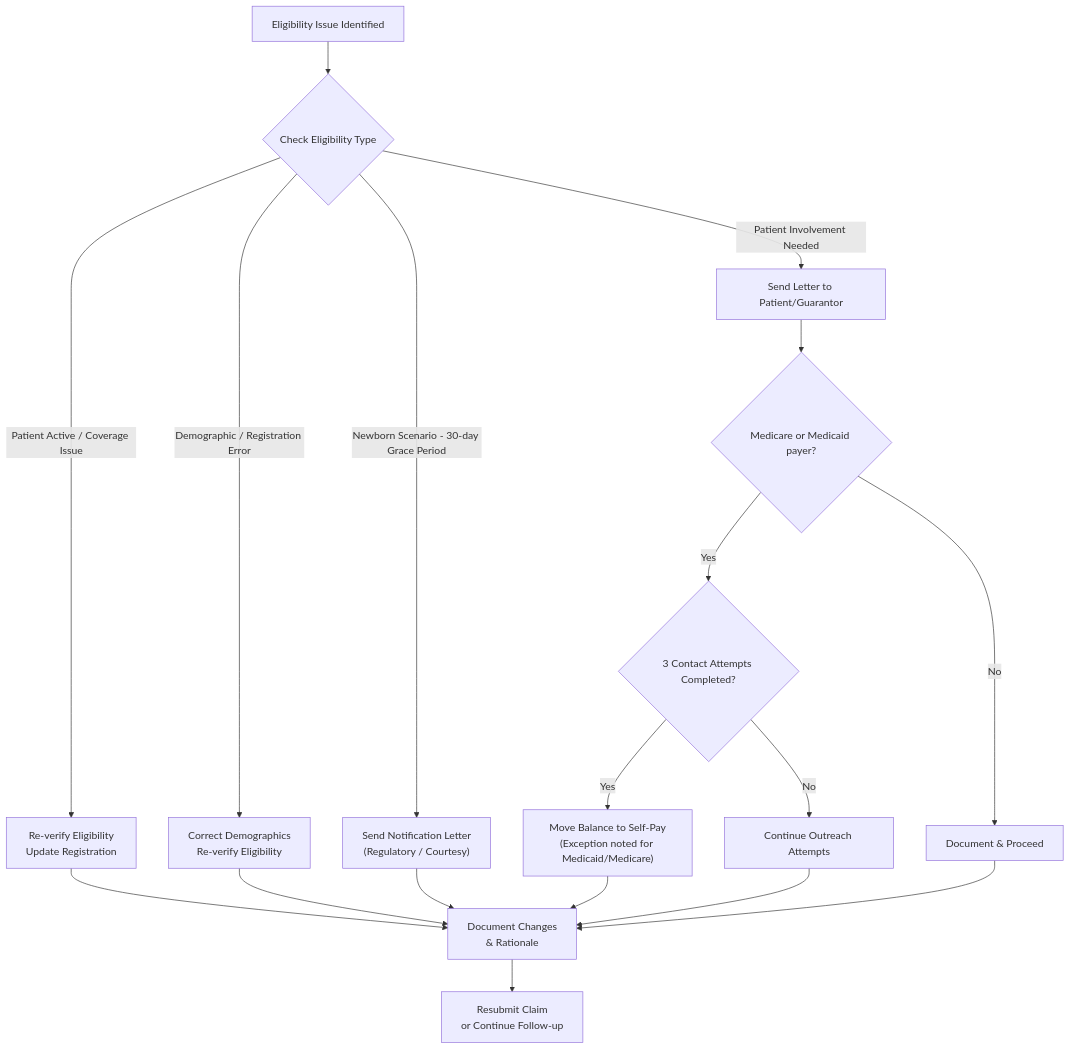
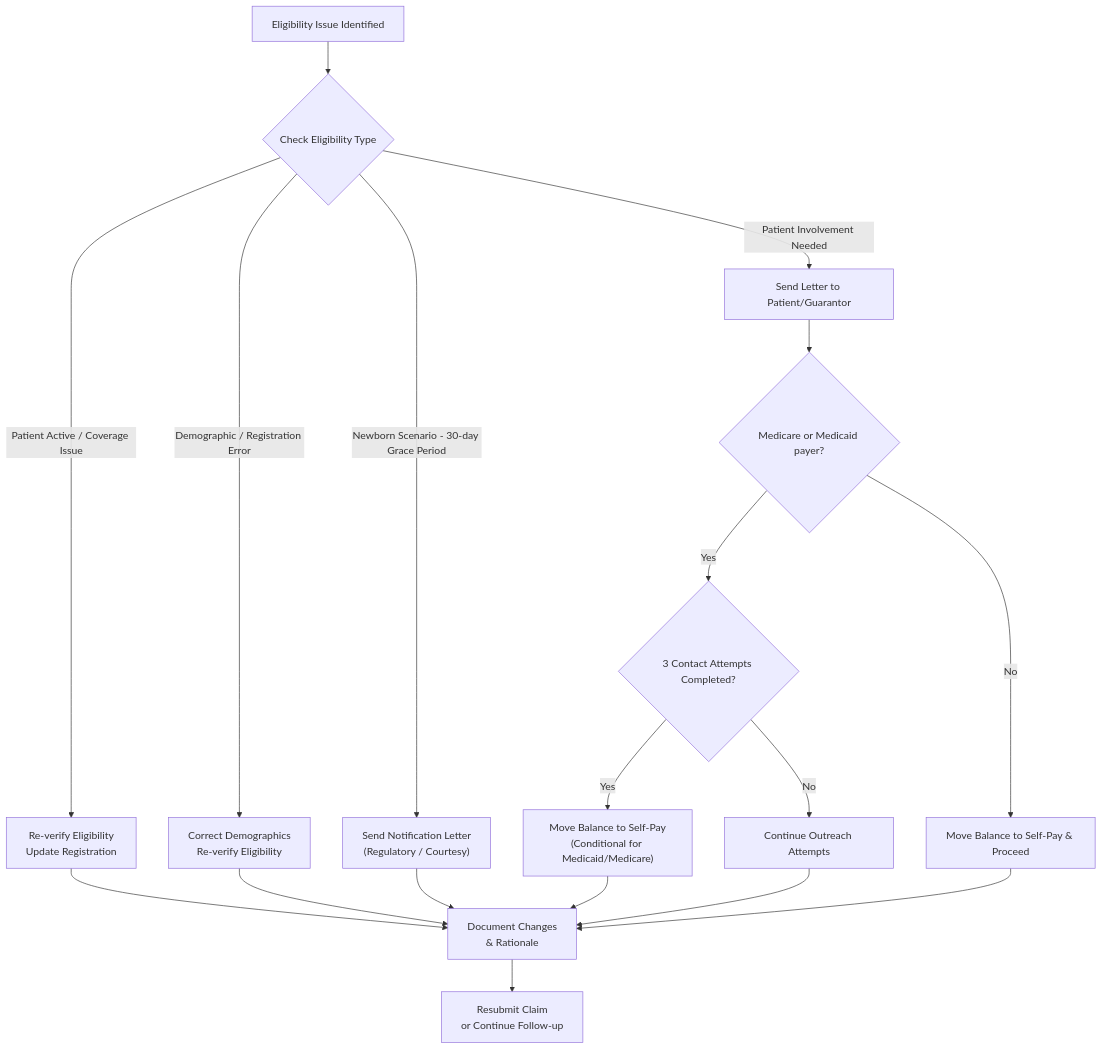
The first of 3 diagrams in workflows/registration-workflow.md (shainemeister/revenue-cycle-sop-and-workflow-framework), drawn with Mermaid before and after one commit.

Commit message:
Update patient workflow documentation for clarity

````diff
--- a/workflows/registration-workflow.md
+++ b/workflows/registration-workflow.md
@@ -23,25 +23,25 @@
 ```mermaid
 flowchart TD
     A[Eligibility Issue Identified] --> B{Check Eligibility Type}
     
     B -->|Patient Active / Coverage Issue| B1["Re-verify Eligibility<br>Update Registration"]
     B -->|Demographic / Registration Error| B2["Correct Demographics<br>Re-verify Eligibility"]
     B -->|Newborn Scenario - 30-day Grace Period| B3["Send Notification Letter<br>(Regulatory / Courtesy)"]
     B -->|Patient Involvement Needed| B4["Send Letter to Patient/Guarantor"]
     
     B4 --> PayerType{Medicare or Medicaid payer?}
     PayerType -->|Yes| B4a{3 Contact Attempts Completed?}
-    PayerType -->|No| B4d[Document & Proceed]
+    PayerType -->|No| B4d[Move Balance to Self-Pay & Proceed]
     
-    B4a -->|Yes| B4b["Move Balance to Self-Pay<br>(Exception noted for Medicaid/Medicare)"]
+    B4a -->|Yes| B4b["Move Balance to Self-Pay<br>(Conditional for Medicaid/Medicare)"]
     B4a -->|No| B4c[Continue Outreach Attempts]
     
     B1 --> C["Document Changes<br>& Rationale"]
     B2 --> C
     B3 --> C
     B4b --> C
     B4c --> C
     B4d --> C
     
     C --> D["Resubmit Claim<br>or Continue Follow-up"]
 ```
````
